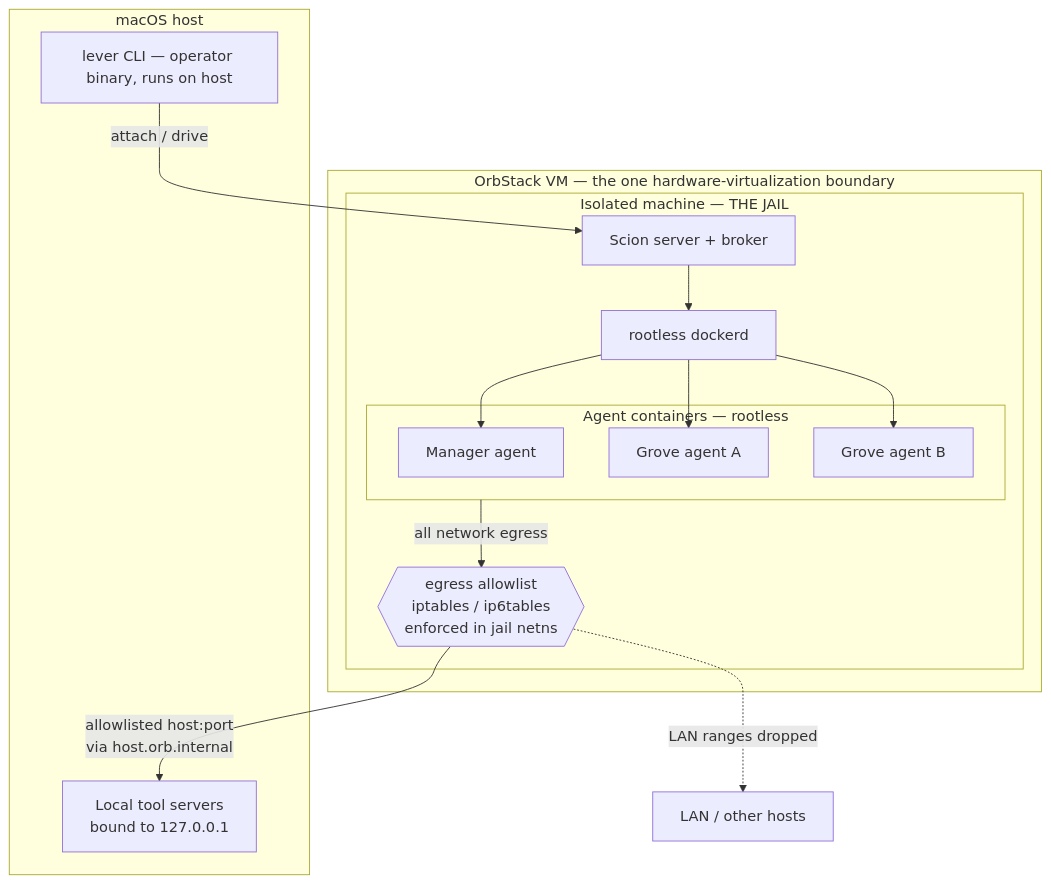
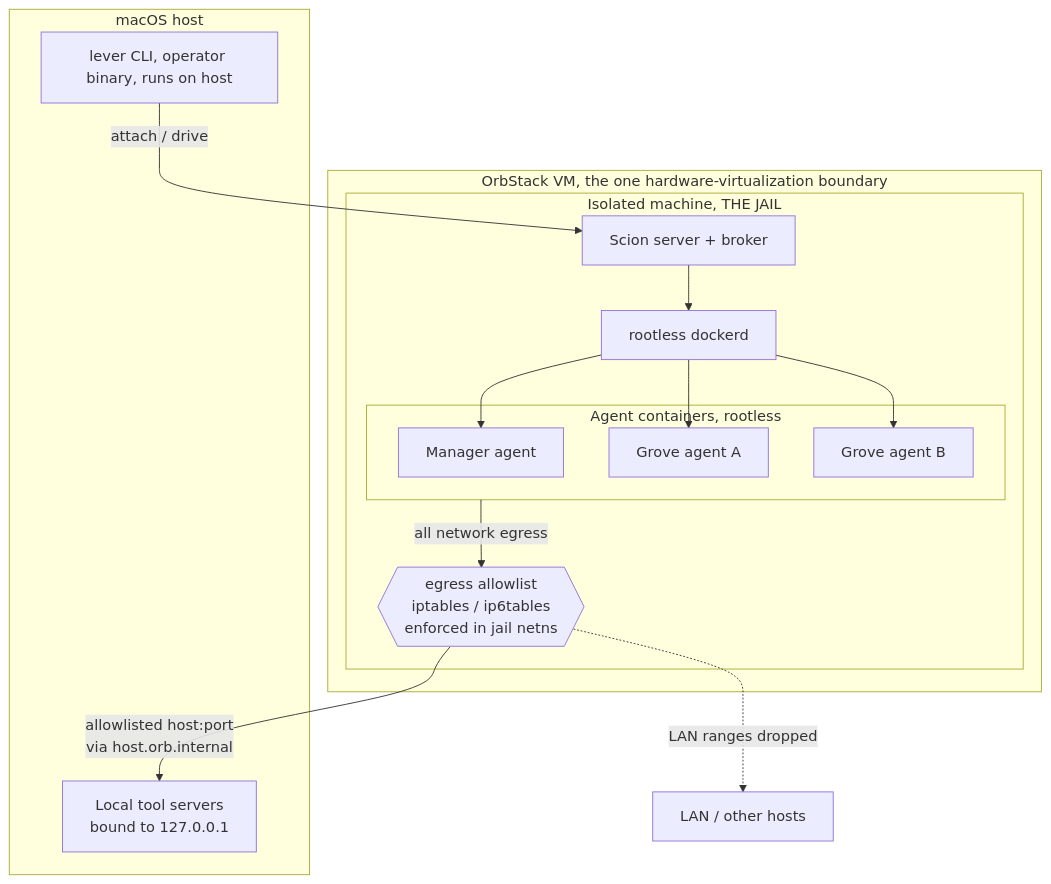
The first of 3 diagrams in docs-site/_guides/architecture.md (stevegeek/lever), drawn with Mermaid before and after one commit. The commit also changed other lines of this file and 16 other files, not shown here.

````diff
--- a/docs-site/_guides/architecture.md
+++ b/docs-site/_guides/architecture.md
@@ -22,27 +25,27 @@
 ```mermaid
 graph TD
     subgraph host[macOS host]
-        L[lever CLI — operator binary, runs on host]
+        L[lever CLI, operator binary, runs on host]
         MCP[Local tool servers<br/>bound to 127.0.0.1]
     end
-    subgraph vm[OrbStack VM — the one hardware-virtualization boundary]
-        subgraph jail[Isolated machine — THE JAIL]
+    subgraph vm[OrbStack VM, the one hardware-virtualization boundary]
+        subgraph jail[Isolated machine, THE JAIL]
             SS[Scion server + broker]
             RD[rootless dockerd]
             FW{{egress allowlist<br/>iptables / ip6tables<br/>enforced in jail netns}}
-            subgraph agents[Agent containers — rootless]
+            subgraph agents[Agent containers, rootless]
                 MGR[Manager agent]
                 GA[Grove agent A]
                 GB[Grove agent B]
             end
         end
     end
     L -->|attach / drive| SS
     SS --> RD
     RD --> MGR
     RD --> GA
     RD --> GB
     agents -->|all network egress| FW
     FW -->|allowlisted host:port<br/>via host.orb.internal| MCP
     FW -.->|LAN ranges dropped| LAN[LAN / other hosts]
 ```
````
